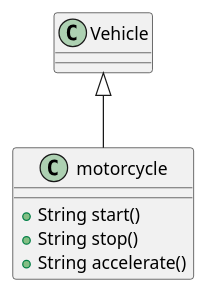
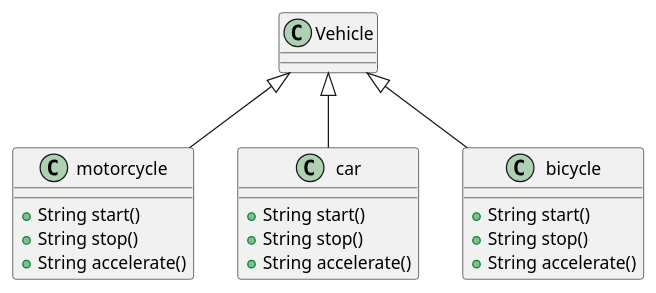
The diagram in תמונה.puml (aa7381/task_5), drawn with PlantUML before and after one commit.

```diff
--- a/תמונה.puml
+++ b/תמונה.puml
@@ -1,11 +1,24 @@
 @startuml
 class motorcycle {
++ String start()
++ String stop()
++ String accelerate()
+}
+class car {
++ String start()
++ String stop()
++ String accelerate()
+}
+class bicycle {
 + String start()
 + String stop()
 + String accelerate()
 }
 
 
 
 Vehicle <|-- motorcycle
+Vehicle <|-- car
+Vehicle <|-- bicycle
+
 @enduml
```
